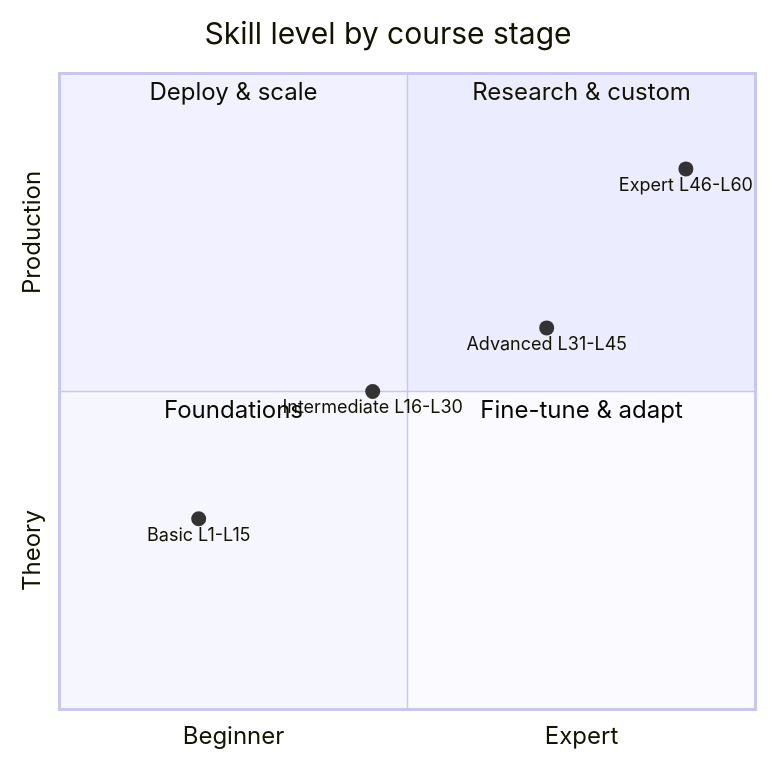
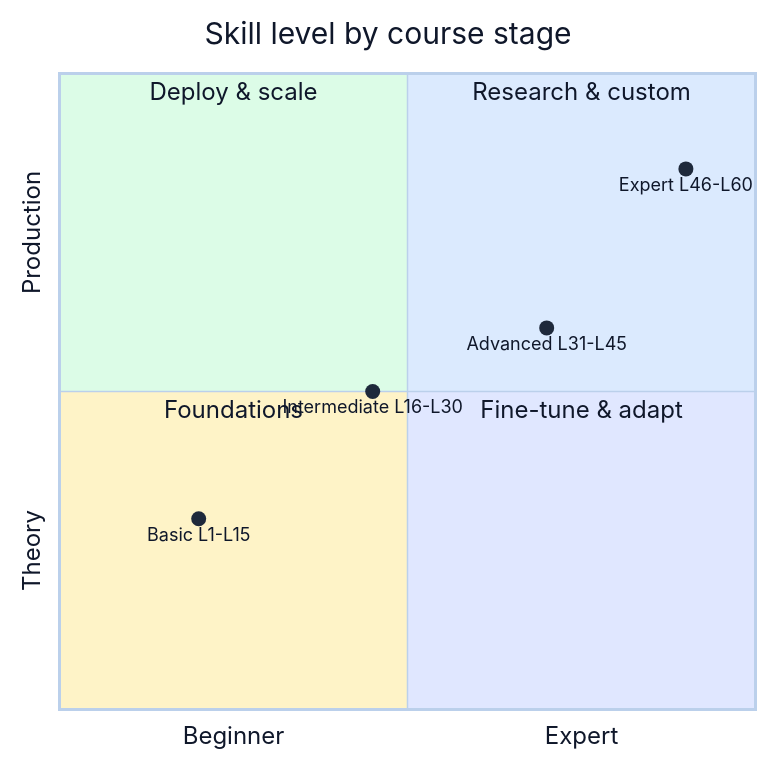
One commit to nexageapps/LLM changed the third of 7 diagrams in README.md. Above: the diagram before and after it, drawn with Mermaid. The commit also changed other lines of this file, not shown here.

````diff
--- a/README.md
+++ b/README.md
@@ -140,14 +142,15 @@
 ```mermaid
+%%{init: {'theme':'base', 'themeVariables': {'primaryTextColor':'#0f172a', 'primaryColor':'#dbeafe', 'secondaryTextColor':'#0f172a', 'tertiaryTextColor':'#0f172a', 'textColor':'#1e293b', 'titleColor':'#0f172a', 'quadrant1TextFill':'#0f172a', 'quadrant2TextFill':'#0f172a', 'quadrant3TextFill':'#0f172a', 'quadrant4TextFill':'#0f172a', 'quadrant1Fill':'#dbeafe', 'quadrant2Fill':'#dcfce7', 'quadrant3Fill':'#fef3c7', 'quadrant4Fill':'#e0e7ff'}}}%%
 quadrantChart
     title Skill level by course stage
     x-axis Beginner --> Expert
     y-axis Theory --> Production
     quadrant-1 Research & custom
     quadrant-2 Deploy & scale
     quadrant-3 Foundations
     quadrant-4 Fine-tune & adapt
     "Basic L1-L15": [0.2, 0.3]
     "Intermediate L16-L30": [0.45, 0.5]
     "Advanced L31-L45": [0.7, 0.6]
     "Expert L46-L60": [0.9, 0.85]
 ```
````
